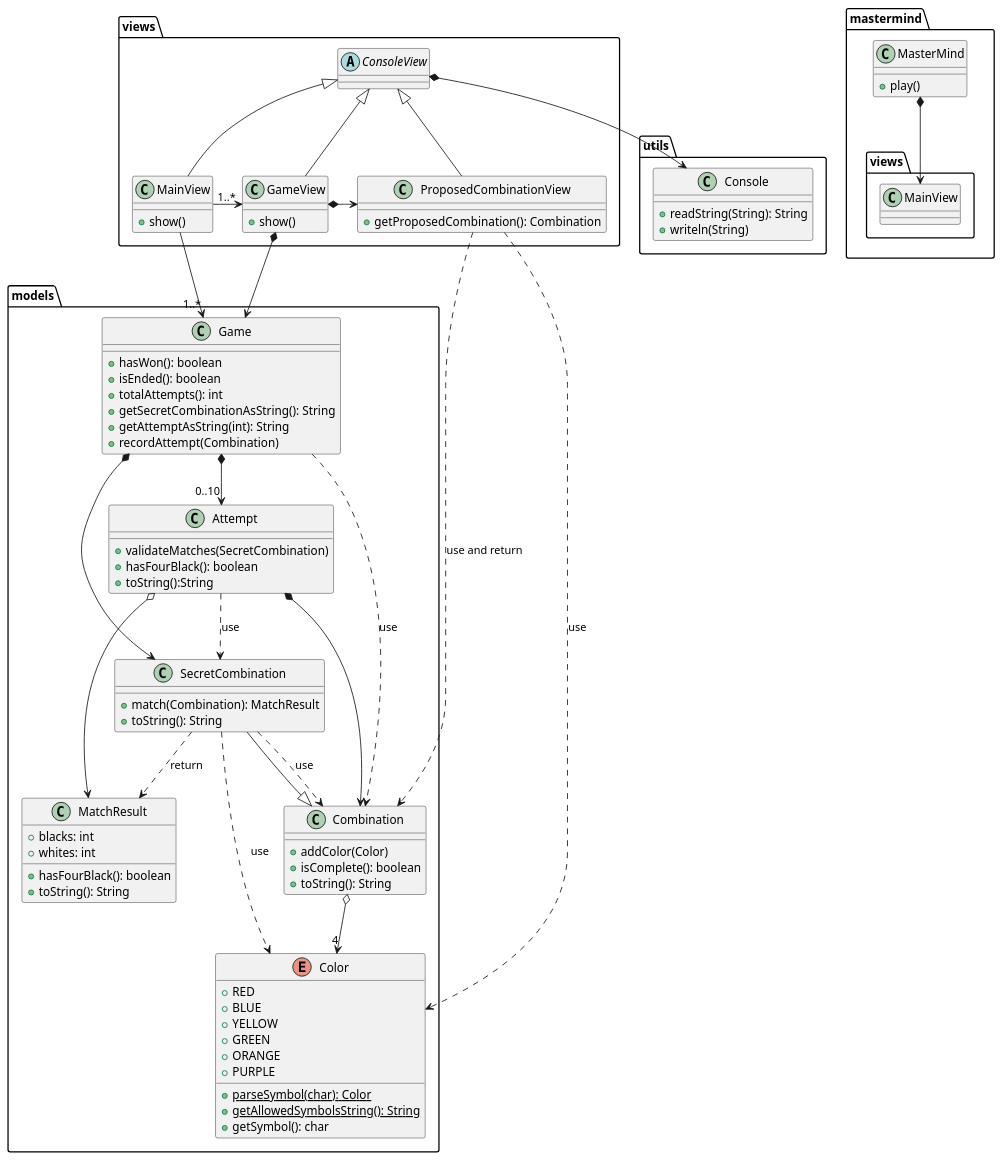
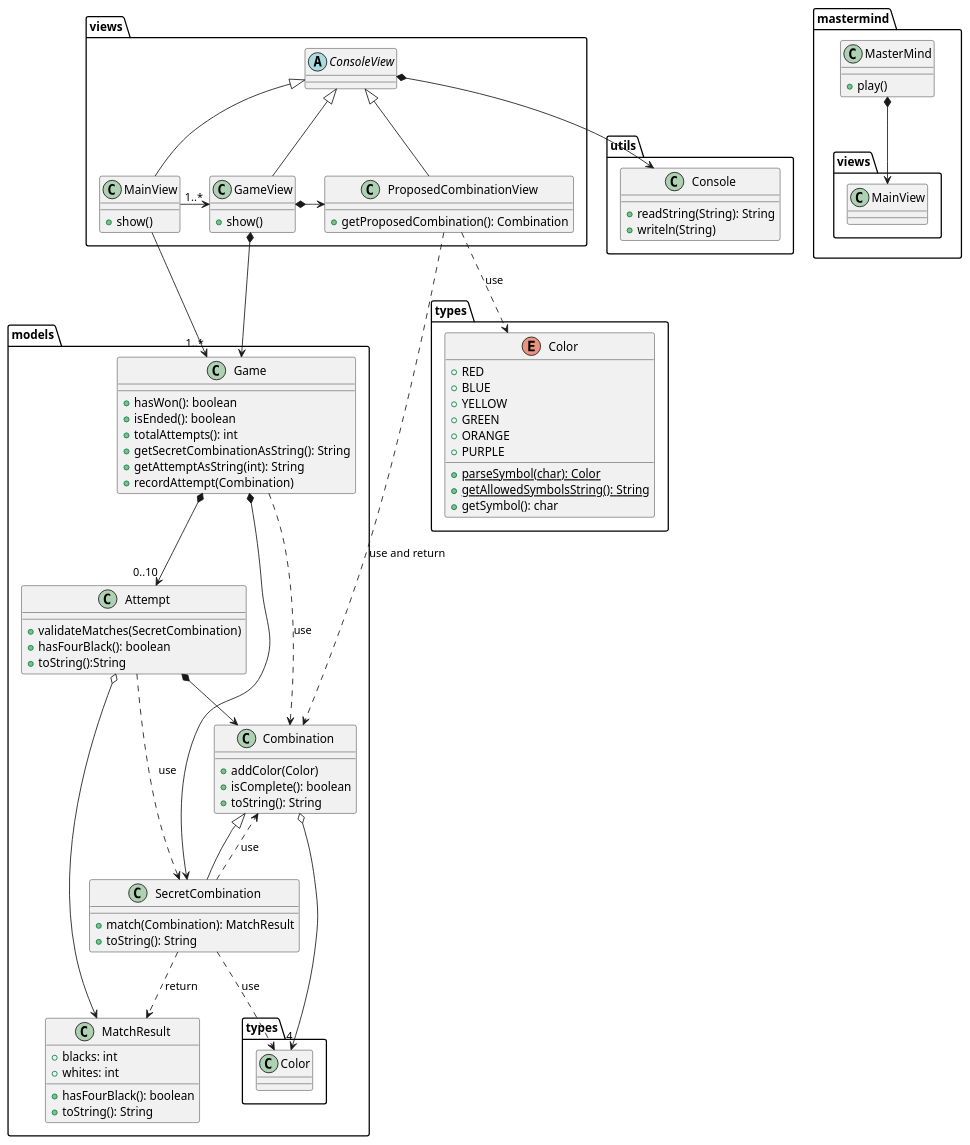
One commit to betanzos/master-mind changed the diagram in docs/design-class-diagram.puml. Above: the diagram before and after it, drawn with PlantUML. The commit also changed 5 other files, not shown here.

Commit message:
Move the Color enum to package types

```diff
--- a/docs/design-class-diagram.puml
+++ b/docs/design-class-diagram.puml
@@ -1,97 +1,100 @@
 @startuml
 namespace mastermind {
     class MasterMind {
         +play()
     }
     MasterMind *--> views.MainView
 }
 
 namespace models {
     class Game {
         +hasWon(): boolean
         +isEnded(): boolean
         +totalAttempts(): int
         +getSecretCombinationAsString(): String
         +getAttemptAsString(int): String
         +recordAttempt(Combination)
     }
     Game *--> SecretCombination
     Game *--> "0..10" Attempt
     Game ..> Combination : use
 
     class Combination {
         +addColor(Color)
         +isComplete(): boolean
         +toString(): String
     }
-    Combination o--> "4" Color
+    Combination o--> "4" types.Color
 
-    class SecretCombination extends Combination {
+    class SecretCombination {
         +match(Combination): MatchResult
         +toString(): String
     }
     SecretCombination ..> Combination : use
     SecretCombination ..> MatchResult : return
-    SecretCombination ..> Color : use
-
-    enum Color {
-        +RED
-        +BLUE
-        +YELLOW
-        +GREEN
-        +ORANGE
-        +PURPLE
-
-        +{static}parseSymbol(char): Color
-        +{static}getAllowedSymbolsString(): String
-        +getSymbol(): char
-    }
+    SecretCombination ..> types.Color : use
+    SecretCombination -up-|> Combination
 
     class Attempt {
         +validateMatches(SecretCombination)
         +hasFourBlack(): boolean
         +toString():String
     }
     Attempt *--> Combination
     Attempt o--> MatchResult
     Attempt ..> SecretCombination : use
 
     class MatchResult {
         +blacks: int
         +whites: int
         +hasFourBlack(): boolean
         +toString(): String
+    }
+}
+
+namespace types {
+    enum Color {
+        +RED
+        +BLUE
+        +YELLOW
+        +GREEN
+        +ORANGE
+        +PURPLE
+
+        +{static}parseSymbol(char): Color
+        +{static}getAllowedSymbolsString(): String
+        +getSymbol(): char
     }
 }
 
 namespace utils {
     class Console {
         +readString(String): String
         +writeln(String)
     }
 }
 
 namespace views {
     abstract class ConsoleView {
     }
     ConsoleView *--> utils.Console
 
     class MainView extends ConsoleView {
         +show()
     }
     MainView -right-> "1..*" GameView
     MainView -down-> "1..*" models.Game
 
     class GameView extends ConsoleView {
         +show()
     }
     GameView *-right-> ProposedCombinationView
     GameView *--> models.Game
 
     class ProposedCombinationView extends ConsoleView {
         +getProposedCombination(): Combination
     }
     ProposedCombinationView ..> models.Combination : use and return
-    ProposedCombinationView ..> models.Color : use
+    ProposedCombinationView ..> types.Color : use
 }
 @enduml
```
